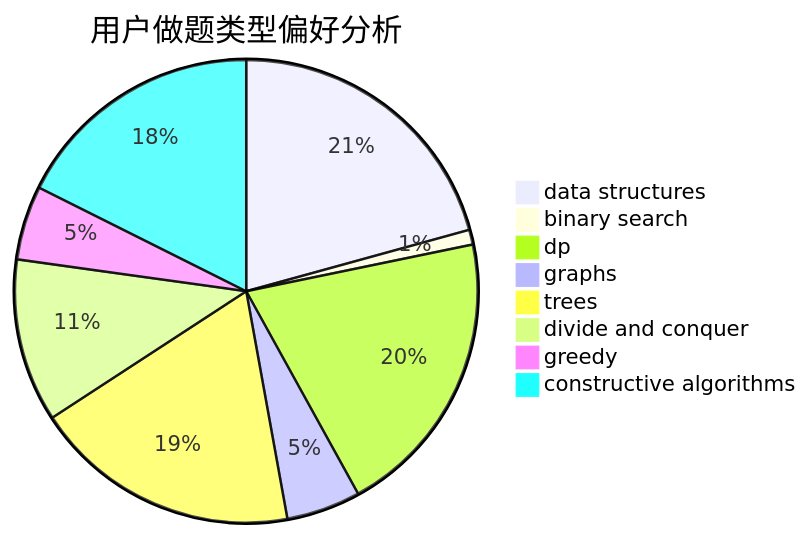
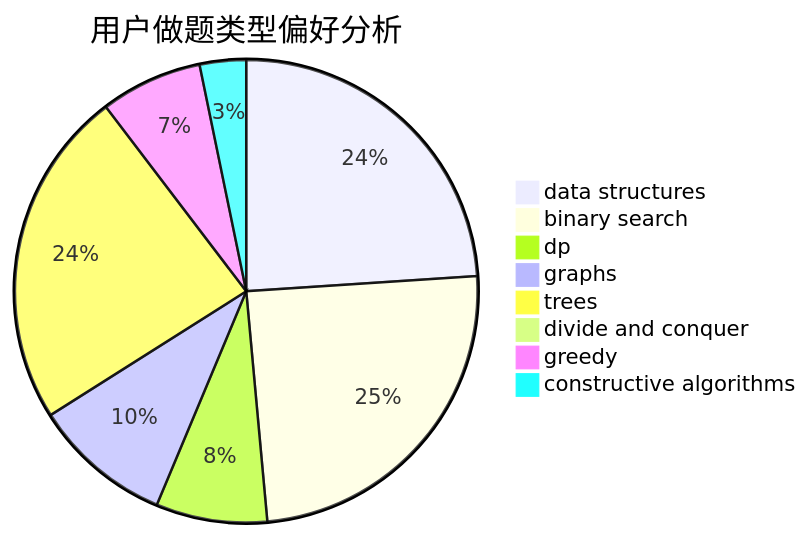
Before and after one commit to sherpahu/cfrs.github.io: the second of 3 diagrams in docs/user/u2009.md, drawn with Mermaid. The commit also changed other lines of this file and 2770 other files, not shown here.

````diff
--- a/docs/user/u2009.md
+++ b/docs/user/u2009.md
@@ -23,11 +23,11 @@
 ```mermaid
 pie title 用户做题类型偏好分析
-    "data structures" :  40
-    "binary search" :  2
-    "dp" :  39
-    "graphs" :  10
-    "trees" :  36
-    "divide and conquer" :  22
-    "greedy" :  10
-    "constructive algorithms" :  34
+    "data structures" :  74
+    "binary search" :  76
+    "dp" :  24
+    "graphs" :  30
+    "trees" :  73
+    "divide and conquer" :  1
+    "greedy" :  22
+    "constructive algorithms" :  10
 ```
````
